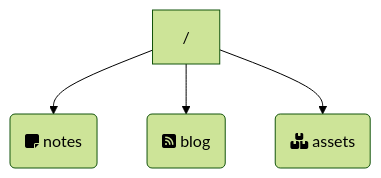
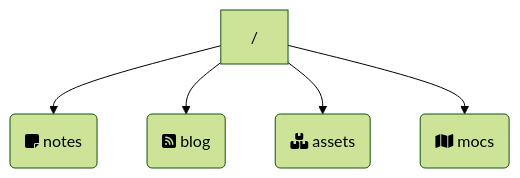
One commit to quantumgardener/quartz changed the diagram in content/notes/Quartz 4.md. Above: the diagram before and after it, drawn with Mermaid (forest theme). The commit also changed other lines of this file and 8 other files, not shown here.

````diff
--- a/content/notes/Quartz 4.md
+++ b/content/notes/Quartz 4.md
@@ -15,6 +15,7 @@
 ```mermaid
 flowchart TD
     A["/"] --> B(fa:fa-note-sticky notes)
     A --> C(fa:fa-square-rss blog)
     A --> D(fa:fa-boxes-stacked assets)   
+    A --> E(fa:fa-map mocs)
 ```
````
